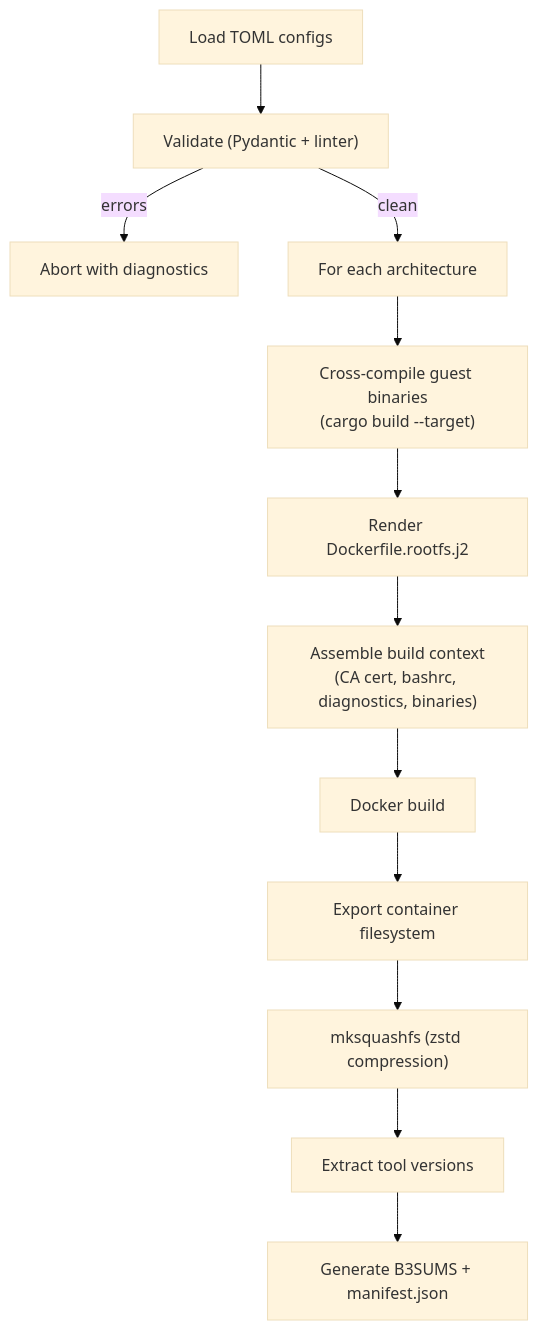
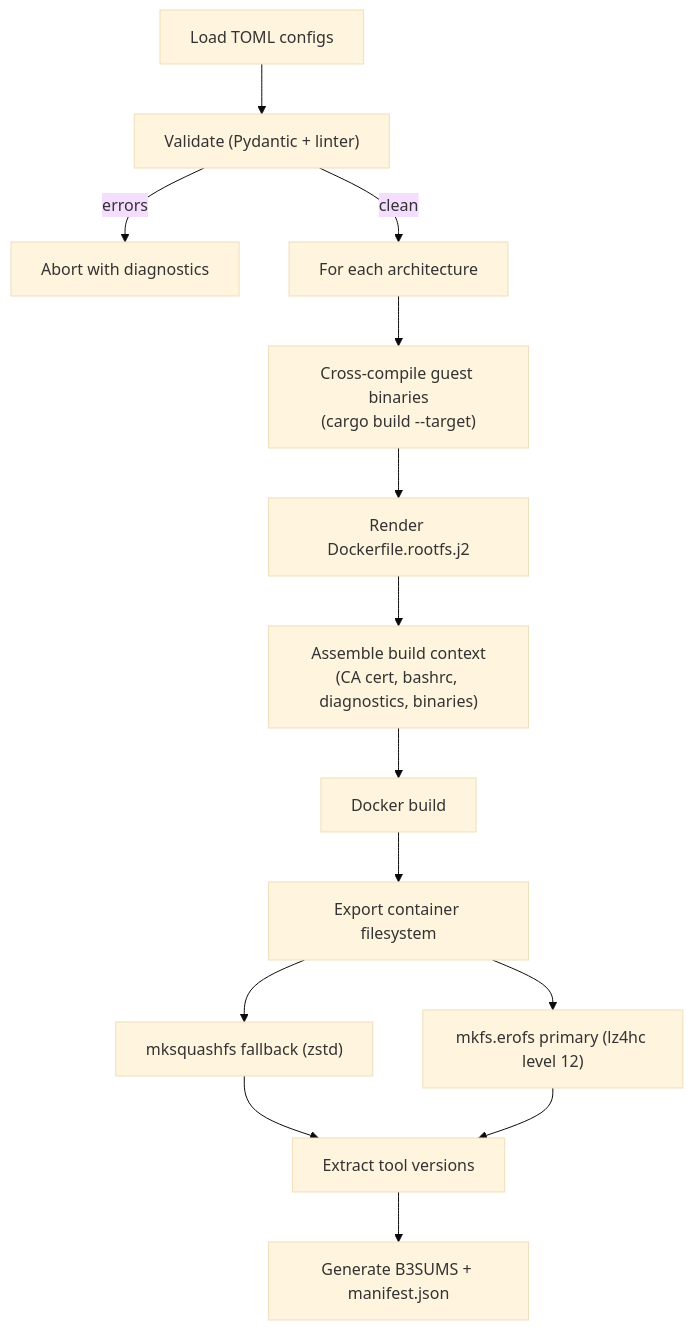
One commit to google/capsem changed the second of 5 diagrams in docs/src/content/docs/architecture/build-system.md. Above: the diagram before and after it, drawn with Mermaid (base theme). The commit also changed other lines of this file and 87 other files, not shown here.

````diff
--- a/docs/src/content/docs/architecture/build-system.md
+++ b/docs/src/content/docs/architecture/build-system.md
@@ -193,14 +198,16 @@
 ```mermaid
 flowchart TD
   Load["Load TOML configs"] --> Validate["Validate (Pydantic + linter)"]
   Validate -->|errors| Abort["Abort with diagnostics"]
   Validate -->|clean| Arches["For each architecture"]
   Arches --> Cross["Cross-compile guest binaries\n(cargo build --target)"]
   Cross --> Render["Render Dockerfile.rootfs.j2"]
   Render --> Context["Assemble build context\n(CA cert, bashrc, diagnostics, binaries)"]
   Context --> Build["Docker build"]
   Build --> Export["Export container filesystem"]
-  Export --> Squash["mksquashfs (zstd compression)"]
+  Export --> Squash["mksquashfs fallback (zstd)"]
+  Export --> Erofs["mkfs.erofs primary (lz4hc level 12)"]
   Squash --> Versions["Extract tool versions"]
+  Erofs --> Versions
   Versions --> Checksums["Generate B3SUMS + manifest.json"]
 ```
````
